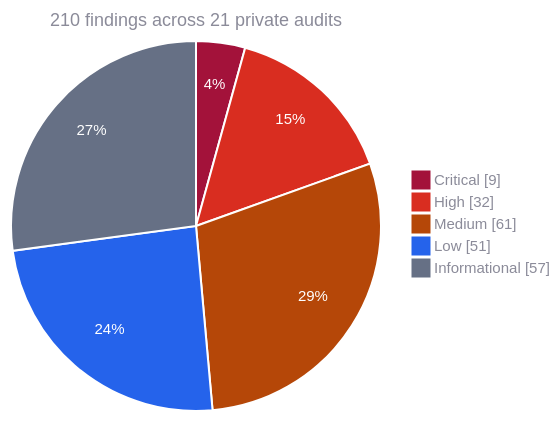
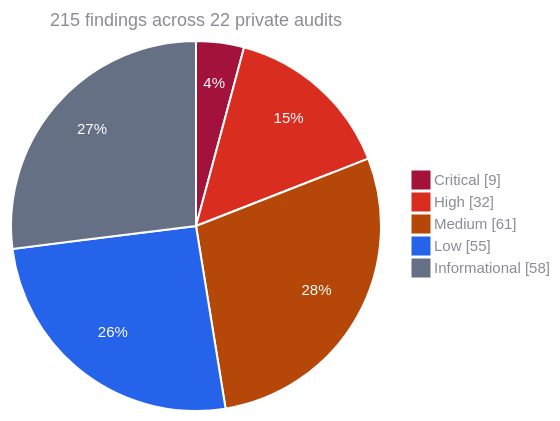
One commit to Kann-Audits/Kann-Audits changed the first of 2 diagrams in README.md. Above: the diagram before and after it, drawn with Mermaid. The commit also changed other lines of this file and 2 other files, not shown here.

````diff
--- a/README.md
+++ b/README.md
@@ -83,10 +84,10 @@
 ```mermaid
 %%{init: {"theme": "base", "themeVariables": {"pie1": "#a3123a", "pie2": "#d92d20", "pie3": "#b54708", "pie4": "#2563eb", "pie5": "#667085", "pieStrokeColor": "#ffffff", "pieStrokeWidth": "2px", "pieOuterStrokeWidth": "0px", "pieOpacity": "1", "pieSectionTextColor": "#ffffff", "pieSectionTextSize": "15px", "pieTitleTextColor": "#8b8b99", "pieTitleTextSize": "18px", "pieLegendTextColor": "#8b8b99", "pieLegendTextSize": "15px"}}}%%
 pie showData
-    title 210 findings across 21 private audits
+    title 215 findings across 22 private audits
     "Critical" : 9
     "High" : 32
     "Medium" : 61
-    "Low" : 51
-    "Informational" : 57
+    "Low" : 55
+    "Informational" : 58
 ```
````
